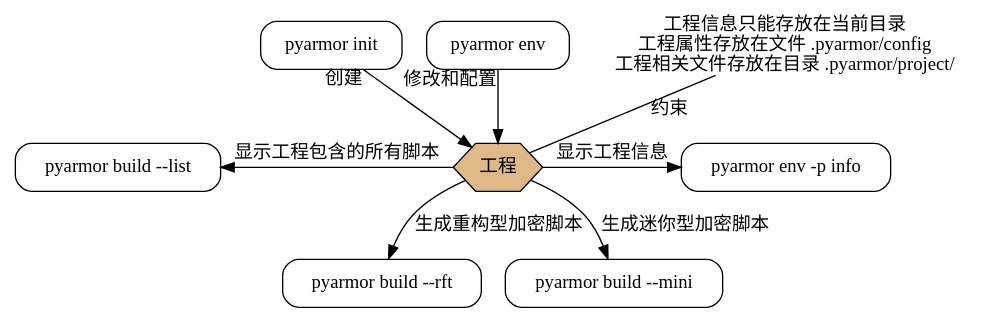
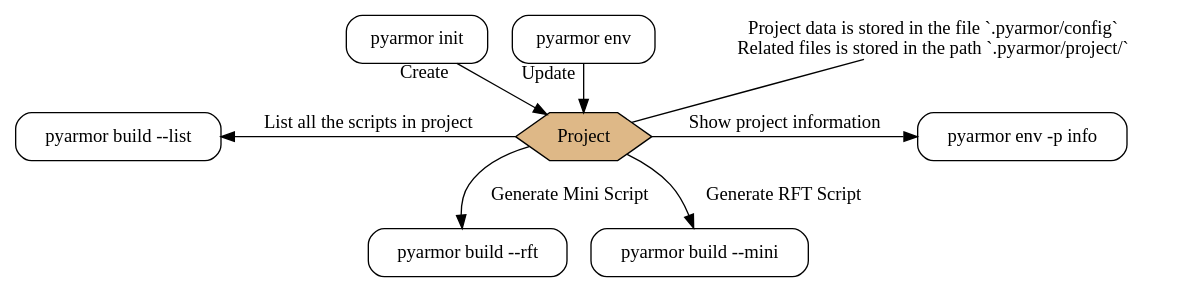
Before and after one commit to dashingsoft/dashingsoft.github.io: the first of 3 diagrams in pyarmor/learn/en/project.rst, drawn with Graphviz. The commit also changed other lines of this file and 3 other files, not shown here.

```diff
--- a/pyarmor/learn/en/project.rst
+++ b/pyarmor/learn/en/project.rst
@@ -9,29 +9,29 @@
 .. graphviz::
-   :caption: 工程生命周期图
+   :caption: Project Life Cycle
    :align: center
    :name: graph-project-lifecycle
 
    digraph G {
       node [shape=box, style=rounded, target="_top"]
 
-      project [label="工程", shape=hexagon, style="filled", fillcolor="burlywood"]
+      project [label="Project", shape=hexagon, style="filled", fillcolor="burlywood"]
 
       init [label="pyarmor init", href="commands.html#cmd-init"]
       env [label="pyarmor env", href="commands.html#cmd-env"]
       info [label="pyarmor env -p info", href="commands.html#cmd-env"]
       list [label="pyarmor build --list", href="commands.html#cmd-build"]
       genrft [label="pyarmor build --rft", href="commands.html#cmd-build"]
       genmini [label="pyarmor build --mini", href="commands.html#cmd-build"]
 
-      c1 [label="工程信息只能存放在当前目录\n工程属性存放在文件 .pyarmor/config\n工程相关文件存放在目录 .pyarmor/project/"
+      c1 [label="Project data is stored in the file `.pyarmor/config`\nRelated files is stored in the path `.pyarmor/project/`"
           shape=plain]
 
-      init -> project [taillabel="创建"]
-      env -> project [taillabel="修改和配置"]
-      rank=same { project -> info [label="显示工程信息"] }
-      rank=same { list -> project [label="显示工程包含的所有脚本", dir=back] }
-      project -> genrft [label="生成重构型加密脚本"]
-      project -> genmini [label="生成迷你型加密脚本"]
+      init -> project [taillabel="Create"]
+      env -> project [taillabel="Update"]
+      rank=same { project -> info [label="Show project information"] }
+      rank=same { list -> project [label="List all the scripts in project", dir=back] }
+      project -> genrft [label="Generate Mini Script"]
+      project -> genmini [label="Generate RFT Script"]
 
-      c1 -> project [label="约束", dir=none]
+      c1 -> project [dir=none]
    }
```
